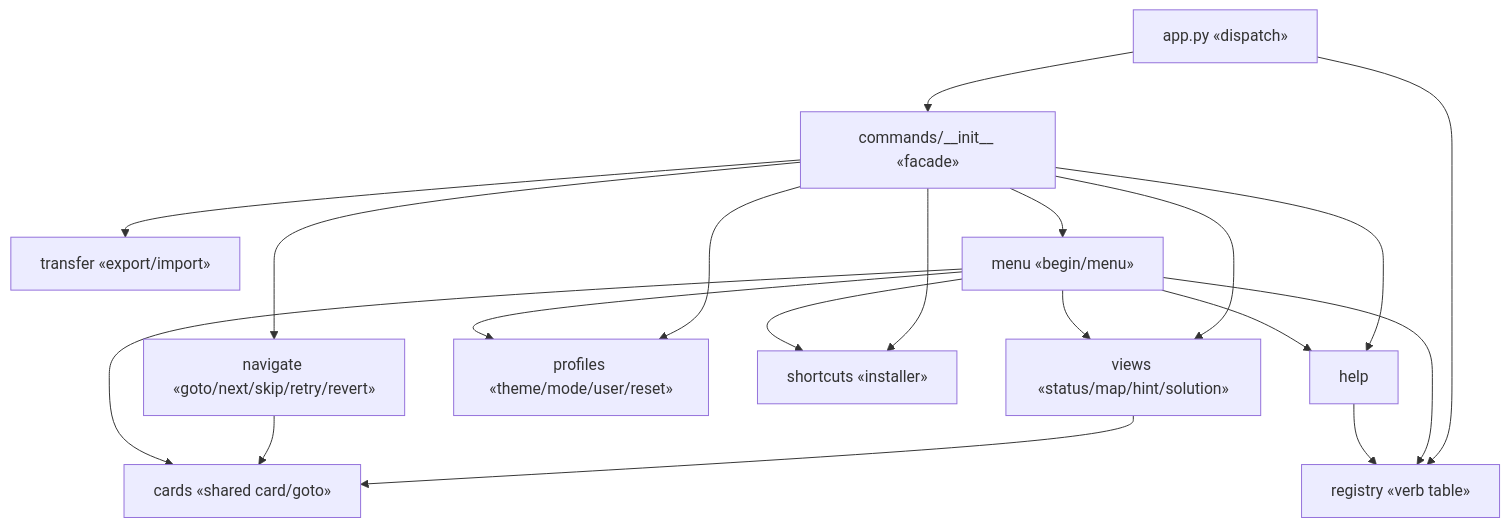
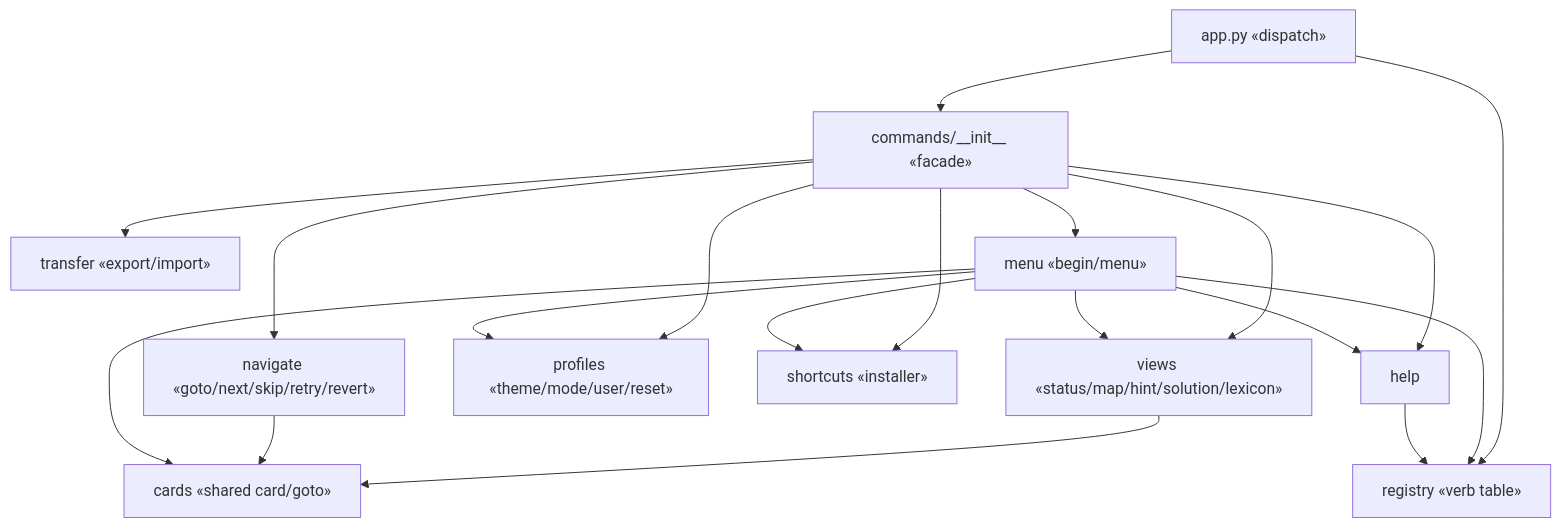
Before and after one commit to N041M/PyQuest: the first of 4 diagrams in docs/architecture/commands.md, drawn with Mermaid. The commit also changed other lines of this file and 13 other files, not shown here.

````diff
--- a/docs/architecture/commands.md
+++ b/docs/architecture/commands.md
@@ -8,21 +8,21 @@
 ```mermaid
 flowchart TB
     app["app.py «dispatch»"] --> registry["registry «verb table»"]
     app --> init["commands/__init__ «facade»"]
-    init --> views["views «status/map/hint/solution»"]
+    init --> views["views «status/map/hint/solution/lexicon»"]
     init --> nav["navigate «goto/next/skip/retry/revert»"]
     init --> profiles["profiles «theme/mode/user/reset»"]
     init --> transfer["transfer «export/import»"]
     init --> shortcuts["shortcuts «installer»"]
     init --> menu["menu «begin/menu»"]
     init --> help["help"]
     views --> cards["cards «shared card/goto»"]
     nav --> cards
     menu --> cards
     menu --> profiles
     menu --> shortcuts
     menu --> views
     menu --> help
     menu --> registry
     help --> registry
 ```
````
